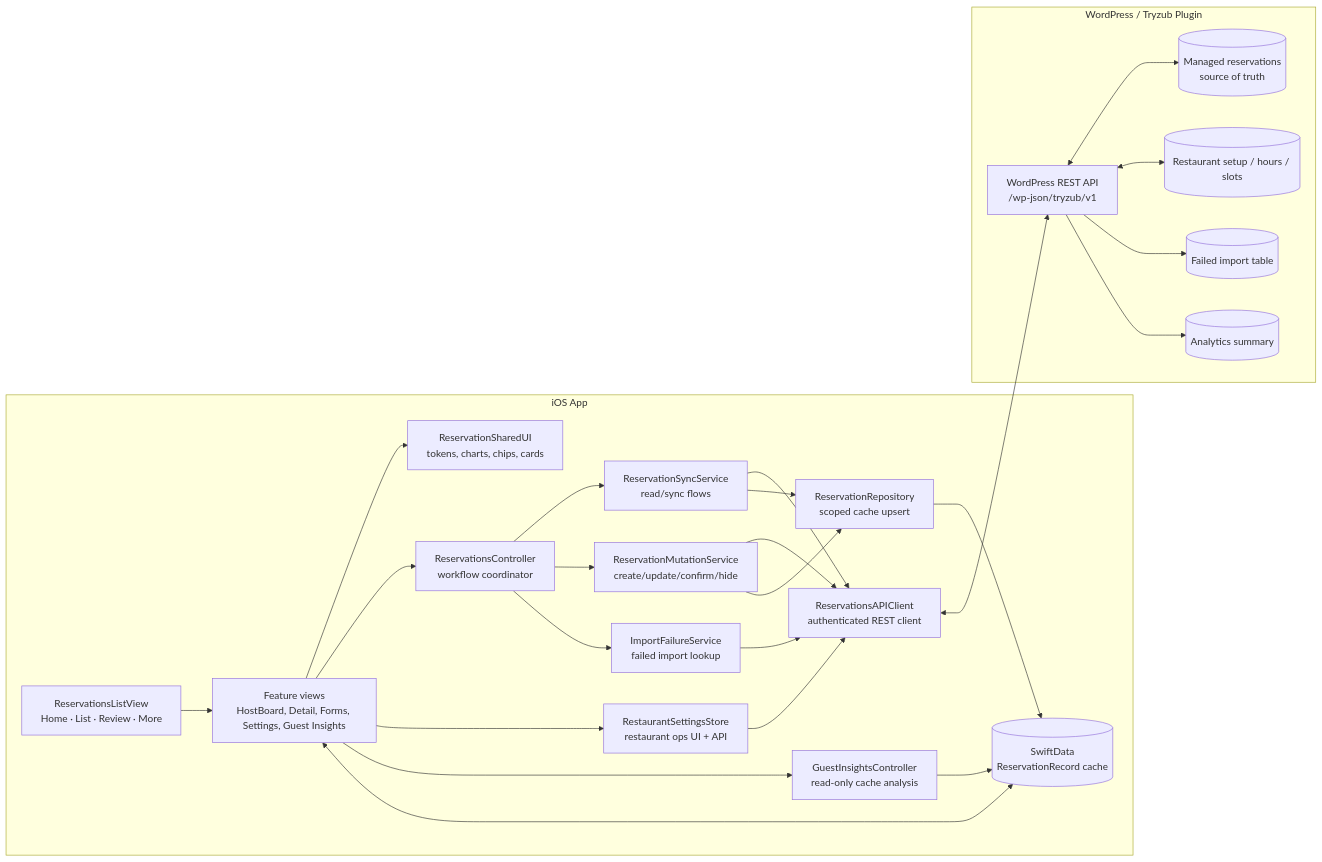
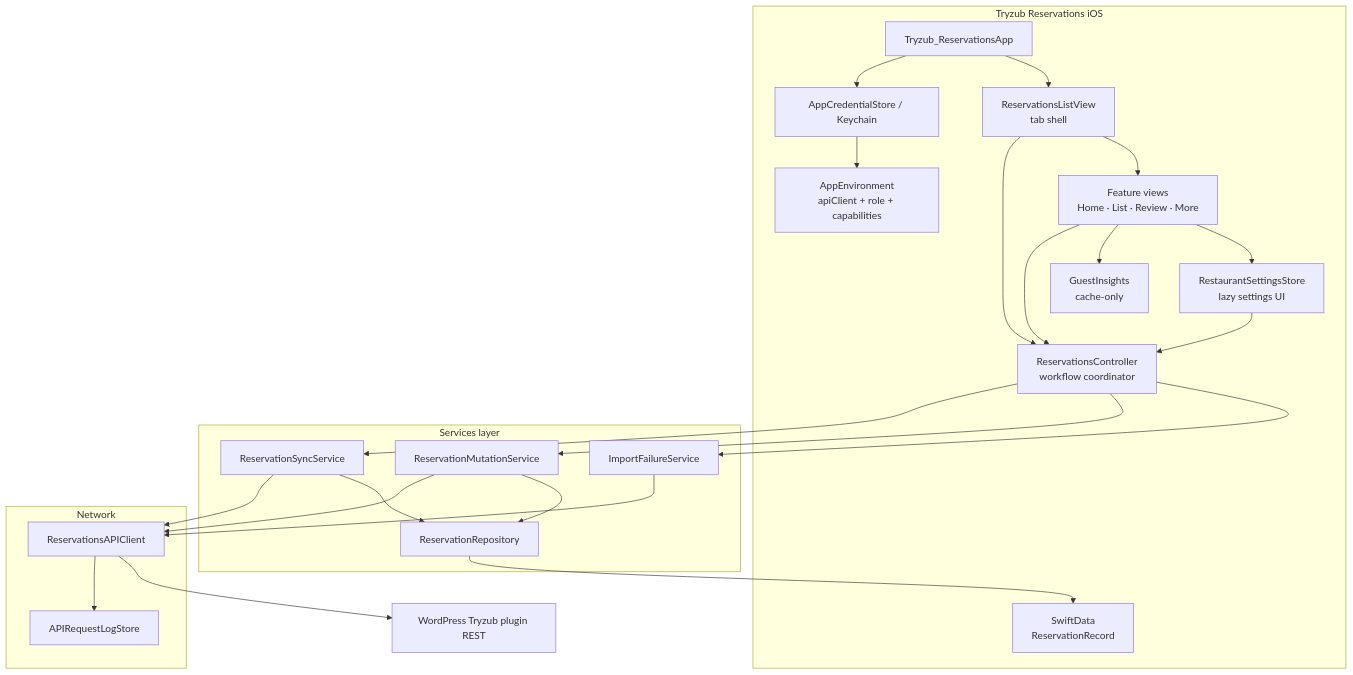
The first of 11 diagrams in ARCHITECTURE_DIAGRAMS.md (bohdan462/Reservation-iOS-App), drawn with Mermaid before and after one commit. The commit also changed other lines of this file and 17 other files, not shown here.

````diff
--- a/ARCHITECTURE_DIAGRAMS.md
+++ b/ARCHITECTURE_DIAGRAMS.md
@@ -11,48 +13,49 @@
 ```mermaid
-flowchart LR
-    subgraph IOS["iOS App"]
-        Shell["ReservationsListView<br/>Home · List · Review · More"]
-        Views["Feature views<br/>HostBoard, Detail, Forms, Settings, Guest Insights"]
-        SharedUI["ReservationSharedUI<br/>tokens, charts, chips, cards"]
-        Controller["ReservationsController<br/>workflow coordinator"]
-        SettingsStore["RestaurantSettingsStore<br/>restaurant ops UI + API"]
-        Sync["ReservationSyncService<br/>read/sync flows"]
-        Mutation["ReservationMutationService<br/>create/update/confirm/hide"]
-        Failures["ImportFailureService<br/>failed import lookup"]
-        GuestCtrl["GuestInsightsController<br/>read-only cache analysis"]
-        APIClient["ReservationsAPIClient<br/>authenticated REST client"]
-        Repo["ReservationRepository<br/>scoped cache upsert"]
-        Cache[("SwiftData<br/>ReservationRecord cache")]
+flowchart TB
+    subgraph iOS["Tryzub Reservations iOS"]
+        App["Tryzub_ReservationsApp"]
+        Creds["AppCredentialStore / Keychain"]
+        Env["AppEnvironment<br/>apiClient + role + capabilities"]
+        Shell["ReservationsListView<br/>tab shell"]
+        Ctrl["ReservationsController<br/>workflow coordinator"]
+        Views["Feature views<br/>Home · List · Review · More"]
+        Guest["GuestInsights<br/>cache-only"]
+        Settings["RestaurantSettingsStore<br/>lazy settings UI"]
+        SD["SwiftData<br/>ReservationRecord"]
     end
 
-    subgraph WP["WordPress / Tryzub Plugin"]
-        REST["WordPress REST API<br/>/wp-json/tryzub/v1"]
-        Managed[("Managed reservations<br/>source of truth")]
-        Setup[("Restaurant setup / hours / slots")]
-        Failed[("Failed import table")]
-        Analytics[("Analytics summary")]
+    subgraph Services["Services layer"]
+        Sync["ReservationSyncService"]
+        Mut["ReservationMutationService"]
+        Repo["ReservationRepository"]
+        IFail["ImportFailureService"]
     end
 
+    subgraph Network["Network"]
+        API["ReservationsAPIClient"]
+        Log["APIRequestLogStore"]
+    end
+
+    WP["WordPress Tryzub plugin REST"]
+
+    App --> Creds
+    Creds --> Env
+    App --> Shell
+    Shell --> Ctrl
     Shell --> Views
-    Views --> SharedUI
-    Views --> Controller
-    Views --> SettingsStore
-    Views --> GuestCtrl
-    Views <--> Cache
-    Controller --> Sync
-    Controller --> Mutation
-    Controller --> Failures
-    SettingsStore --> APIClient
-    Sync --> APIClient
-    Mutation --> APIClient
-    Failures --> APIClient
+    Views --> Ctrl
+    Views --> Guest
+    Views --> Settings
+    Settings --> Ctrl
+    Ctrl --> Sync
+    Ctrl --> Mut
+    Ctrl --> IFail
+    Sync --> API
+    Mut --> API
+    IFail --> API
     Sync --> Repo
-    Mutation --> Repo
-    GuestCtrl --> Cache
-    Repo --> Cache
-    APIClient <--> REST
-    REST <--> Managed
-    REST <--> Setup
-    REST --> Failed
-    REST --> Analytics
+    Mut --> Repo
+    Repo --> SD
+    API --> Log
+    API --> WP
 ```
````
